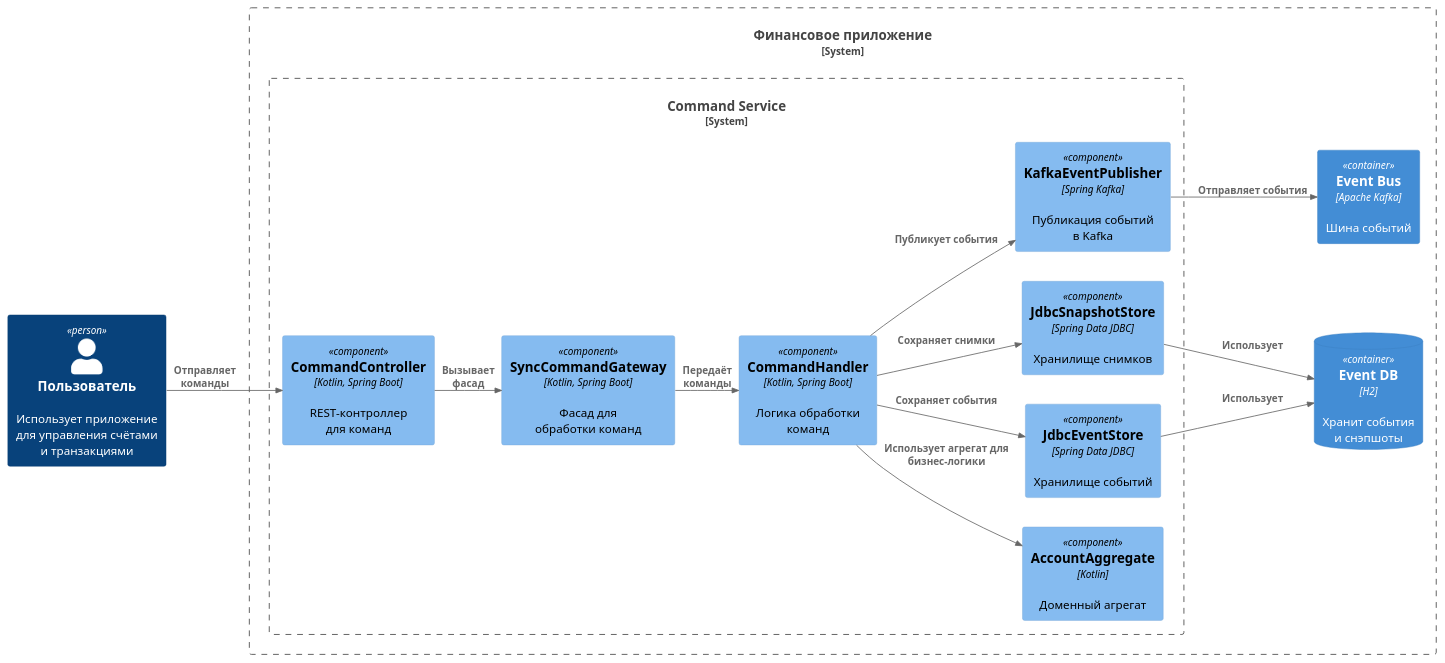
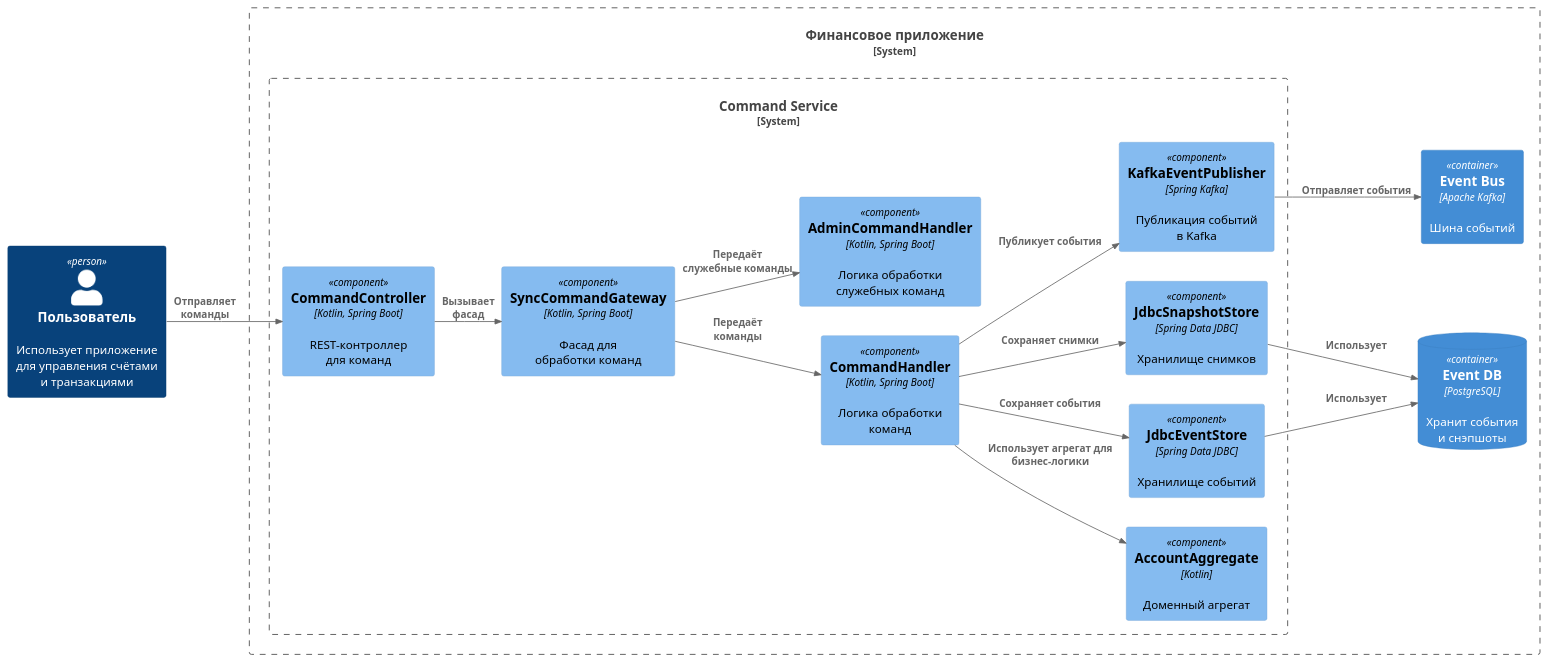
Before and after one commit to mayosen/finance-app: the diagram in docs/diagram/8-command-service-c4-component-diagram.plantuml, drawn with PlantUML. The commit also changed 3 other files, not shown here.

```diff
--- a/docs/diagram/8-command-service-c4-component-diagram.plantuml
+++ b/docs/diagram/8-command-service-c4-component-diagram.plantuml
@@ -1,33 +1,35 @@
 @startuml C4_Component
 !include <c4/C4_Component.puml>
 
 LAYOUT_LEFT_RIGHT()
 skinparam ranksep 10
 
 Person(user, "Пользователь", "Использует приложение\nдля управления счётами\nи транзакциями")
 
 System_Boundary(financeSystem, "Финансовое приложение") {
     System_Boundary(commandService, "Command Service") {
-        Component(commandController, "CommandController", "Kotlin, Spring Boot", "REST-контроллер\nдля команд")
-        Component(commandGateway, "SyncCommandGateway", "Kotlin, Spring Boot", "Фасад для\nобработки команд")
-        Component(commandHandler, "CommandHandler", "Kotlin, Spring Boot", "Логика обработки\nкоманд")
+        Component(commandController, "CommandController", "Kotlin, Spring Boot", "REST-контроллер \nдля команд")
+        Component(commandGateway, "SyncCommandGateway", "Kotlin, Spring Boot", "Фасад для \nобработки команд")
+        Component(commandHandler, "CommandHandler", "Kotlin, Spring Boot", "Логика обработки \nкоманд")
+        Component(adminCommandHandler, "AdminCommandHandler", "Kotlin, Spring Boot", "Логика обработки \nслужебных команд")
         Component(accountAggregate, "AccountAggregate", "Kotlin", "Доменный агрегат")
         Component(eventStore, "JdbcEventStore", "Spring Data JDBC", "Хранилище событий")
         Component(snapshotStore, "JdbcSnapshotStore", "Spring Data JDBС", "Хранилище снимков")
-        Component(eventPublisher, "KafkaEventPublisher", "Spring Kafka", "Публикация событий\nв Kafka")
+        Component(eventPublisher, "KafkaEventPublisher", "Spring Kafka", "Публикация событий \nв Kafka")
     }
-    ContainerDb(eventDb, "Event DB", "H2", "Хранит события\nи снэпшоты")
+    ContainerDb(eventDb, "Event DB", "PostgreSQL", "Хранит события\nи снэпшоты")
     Container(eventBus, "Event Bus", "Apache Kafka", "Шина событий")
 }
 
-Rel(user, commandController, "Отправляет\nкоманды")
-Rel(commandController, commandGateway, "Вызывает\nфасад")
-Rel(commandGateway, commandHandler, "Передаёт\nкоманды")
+Rel(user, commandController, "Отправляет \nкоманды")
+Rel(commandController, commandGateway, "Вызывает \nфасад")
+Rel(commandGateway, commandHandler, "Передаёт \nкоманды")
+Rel(commandGateway, adminCommandHandler, "Передаёт \nслужебные команды")
 Rel(commandHandler, accountAggregate, "Использует агрегат для бизнес-логики")
 Rel(commandHandler, eventStore, "Сохраняет события")
 Rel(commandHandler, snapshotStore, "Сохраняет снимки")
 Rel(commandHandler, eventPublisher, "Публикует события")
 Rel(eventStore, eventDb, "Использует")
 Rel(snapshotStore, eventDb, "Использует")
 Rel(eventPublisher, eventBus, "Отправляет события")
 @enduml
```
